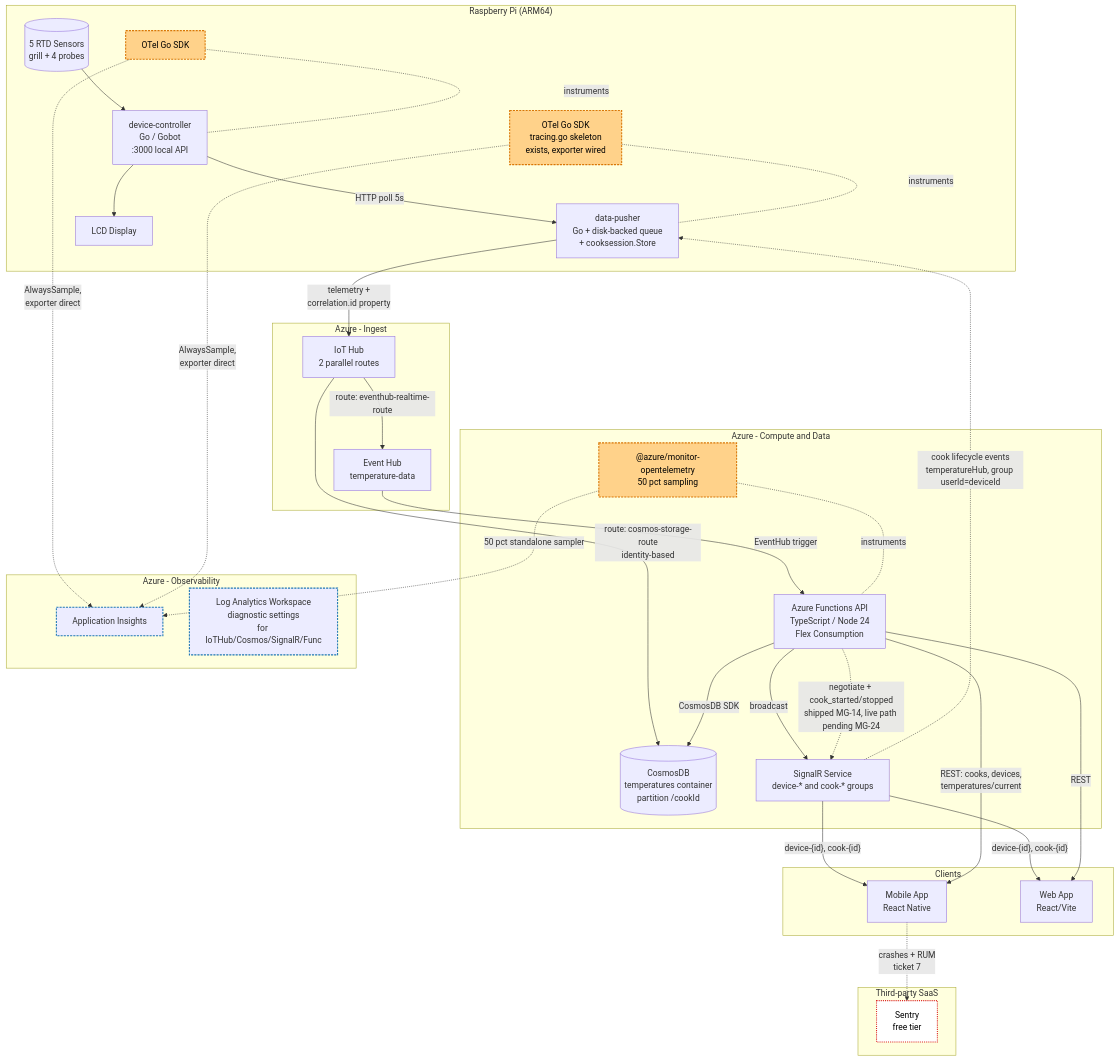
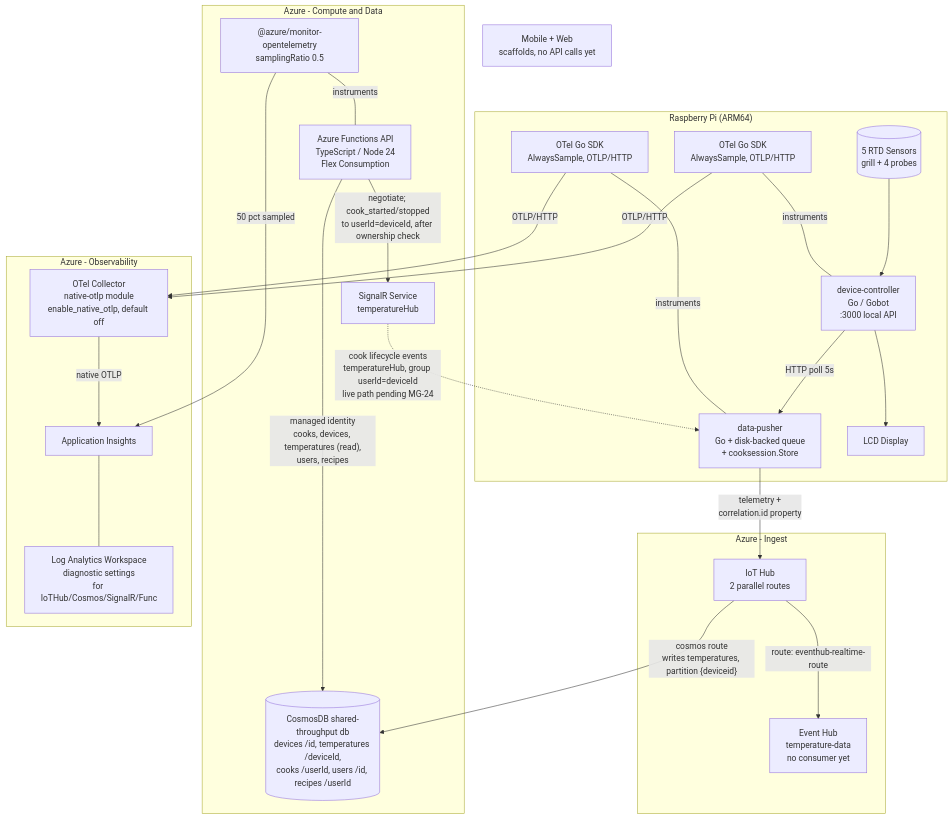
The first of 5 diagrams in docs/architecture/diagrams.md (stevebargelt/meatgeekv2), drawn with Mermaid before and after one commit. The commit also changed other lines of this file and 2 other files, not shown here.

First line of the commit message:
docs(architecture): HAR-38 diagrams and data-flow match main

````diff
--- a/docs/architecture/diagrams.md
+++ b/docs/architecture/diagrams.md
@@ -34,70 +25,53 @@
 ```mermaid
 flowchart TB
-    classDef current stroke:#1f77b4,stroke-width:2px,stroke-dasharray: 4 2
-    classDef proposed fill:#ffd28a,stroke:#d97706,stroke-width:2px,stroke-dasharray: 4 2,color:#000
-    classDef blocked fill:#fff,stroke:#dc2626,stroke-width:2px,stroke-dasharray: 2 2,color:#000
-    classDef external fill:#eee,stroke:#666
-
     subgraph Pi["Raspberry Pi (ARM64)"]
         Sensors[(5 RTD Sensors<br/>grill + 4 probes)]
         DC[device-controller<br/>Go / Gobot<br/>:3000 local API]
         DP[data-pusher<br/>Go + disk-backed queue<br/>+ cooksession.Store]
         LCD[LCD Display]
-        OTEL_DC[OTel Go SDK]:::proposed
-        OTEL_DP[OTel Go SDK<br/>tracing.go skeleton<br/>exists, exporter wired]:::proposed
+        OTEL_DC[OTel Go SDK<br/>AlwaysSample, OTLP/HTTP]
+        OTEL_DP[OTel Go SDK<br/>AlwaysSample, OTLP/HTTP]
     end
 
     subgraph AzureIngest["Azure - Ingest"]
         IoTHub[IoT Hub<br/>2 parallel routes]
-        EventHub[Event Hub<br/>temperature-data]
+        EventHub[Event Hub<br/>temperature-data<br/>no consumer yet]
     end
 
     subgraph AzureProcess["Azure - Compute and Data"]
         Funcs[Azure Functions API<br/>TypeScript / Node 24<br/>Flex Consumption]
-        OTEL_FN["@azure/monitor-opentelemetry<br/>50 pct sampling"]:::proposed
-        Cosmos[(CosmosDB<br/>temperatures container<br/>partition /cookId)]
-        SignalR[SignalR Service<br/>device-* and cook-* groups]
+        OTEL_FN["@azure/monitor-opentelemetry<br/>samplingRatio 0.5"]
+        Cosmos[(CosmosDB shared-throughput db<br/>devices /id, temperatures /deviceId,<br/>cooks /userId, users /id, recipes /userId)]
+        SignalR[SignalR Service<br/>temperatureHub]
     end
 
     subgraph Observability["Azure - Observability"]
-        AppI[Application Insights]:::current
-        LAW[Log Analytics Workspace<br/>diagnostic settings<br/>for IoTHub/Cosmos/SignalR/Func]:::current
+        Collector[OTel Collector<br/>native-otlp module<br/>enable_native_otlp, default off]
+        AppI[Application Insights]
+        LAW[Log Analytics Workspace<br/>diagnostic settings<br/>for IoTHub/Cosmos/SignalR/Func]
     end
 
-    subgraph SaaS["Third-party SaaS"]
-        Sentry[Sentry<br/>free tier]:::blocked
-    end
-
-    subgraph Clients["Clients"]
-        Mobile[Mobile App<br/>React Native]
-        Web[Web App<br/>React/Vite]
-    end
+    Clients[Mobile + Web<br/>scaffolds, no API calls yet]
 
     Sensors --> DC
     DC --> LCD
     DC -- "HTTP poll 5s" --> DP
     DP -- "telemetry +<br/>correlation.id property" --> IoTHub
 
-    IoTHub -- "route: cosmos-storage-route<br/>identity-based" --> Cosmos
+    IoTHub -- "cosmos route<br/>writes temperatures, partition {deviceid}" --> Cosmos
     IoTHub -- "route: eventhub-realtime-route" --> EventHub
-    EventHub -- "EventHub trigger" --> Funcs
-    Funcs -- "broadcast" --> SignalR
-    SignalR -- "device-{id}, cook-{id}" --> Mobile
-    SignalR -- "device-{id}, cook-{id}" --> Web
 
-    Funcs -- "REST: cooks, devices,<br/>temperatures/current" --> Mobile
-    Funcs -- "REST" --> Web
-    Funcs -- "CosmosDB SDK" --> Cosmos
+    Funcs -- "managed identity<br/>cooks, devices, temperatures (read),<br/>users, recipes" --> Cosmos
+    Funcs -- "negotiate; cook_started/stopped<br/>to userId=deviceId, after ownership check" --> SignalR
+    SignalR -. "cook lifecycle events<br/>temperatureHub, group userId=deviceId<br/>live path pending MG-24" .-> DP
 
-    Funcs -. "negotiate + cook_started/stopped<br/>shipped MG-14, live path pending MG-24" .-> SignalR
-    SignalR -. "cook lifecycle events<br/>temperatureHub, group userId=deviceId" .-> DP
+    OTEL_DC -- instruments --- DC
+    OTEL_DP -- instruments --- DP
+    OTEL_FN -- instruments --- Funcs
 
-    OTEL_DC -. instruments .- DC
-    OTEL_DP -. instruments .- DP
-    OTEL_FN -. instruments .- Funcs
-
-    OTEL_DC -. "AlwaysSample,<br/>exporter direct" .-> AppI
-    OTEL_DP -. "AlwaysSample,<br/>exporter direct" .-> AppI
-    OTEL_FN -. "50 pct standalone sampler" .-> AppI
-    Mobile -. "crashes + RUM<br/>ticket 7" .-> Sentry
+    OTEL_DC -- "OTLP/HTTP" --> Collector
+    OTEL_DP -- "OTLP/HTTP" --> Collector
+    Collector -- "native OTLP" --> AppI
+    OTEL_FN -- "50 pct sampled" --> AppI
+    AppI --- LAW
 ```
````
